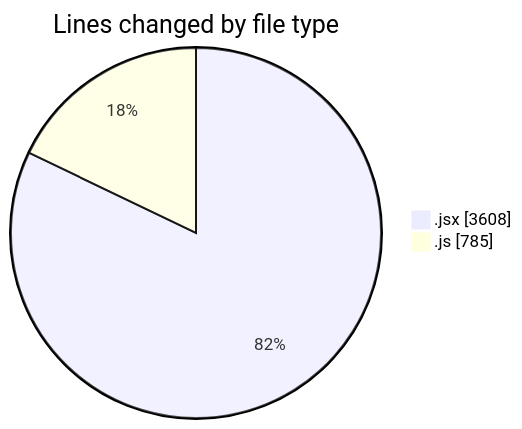
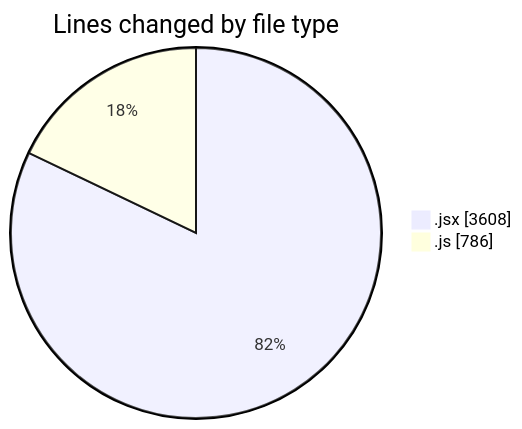
The first of 2 diagrams in 2025-07-21/nxtqube_webapp/README.md (nxtqubesakshisongat/code-tracking), drawn with Mermaid before and after one commit. The commit also changed other lines of this file and 1 other file, not shown here.

````diff
--- a/2025-07-21/nxtqube_webapp/README.md
+++ b/2025-07-21/nxtqube_webapp/README.md
@@ -27,6 +27,6 @@
 ```mermaid
 pie showData
 title Lines changed by file type
 ".jsx" : 3608
-".js" : 785
+".js" : 786
 ```
````
